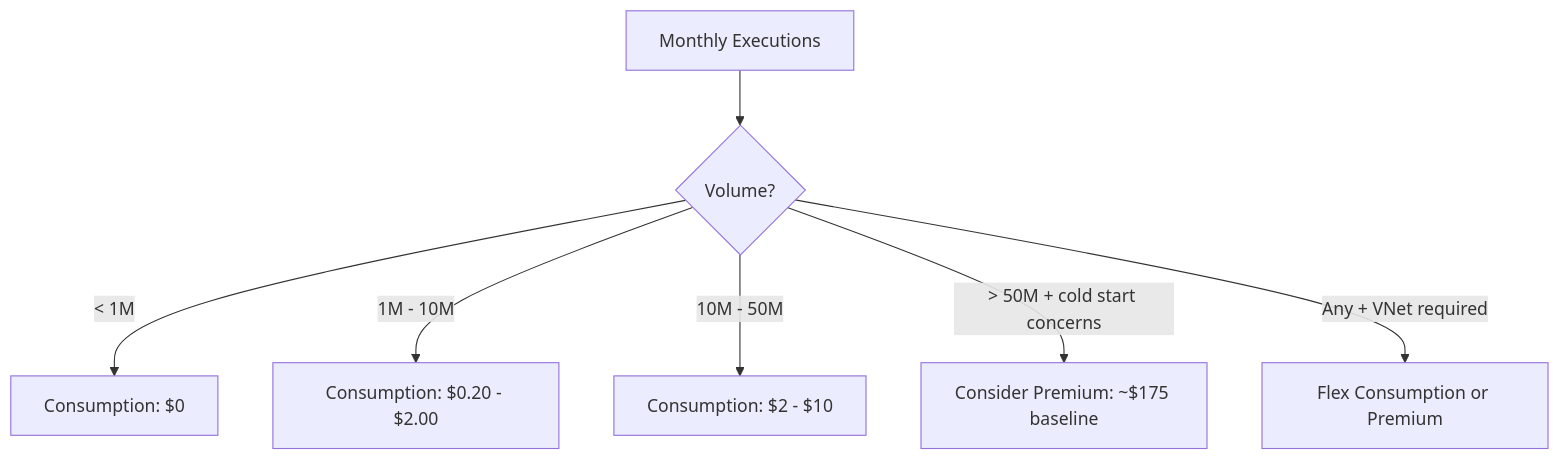
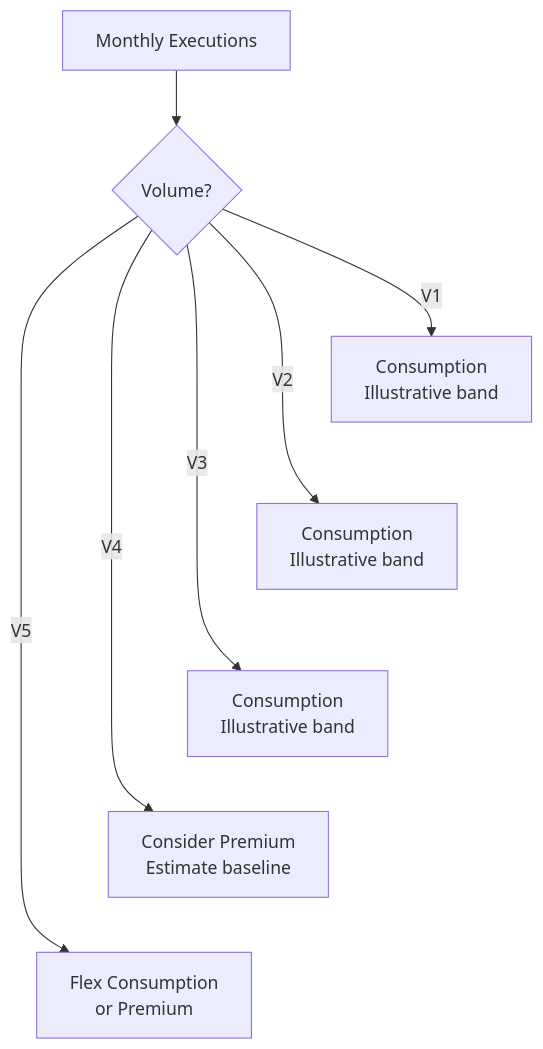
One commit to yeongseon/azure-functions-practical-guide changed the second of 2 diagrams in docs/operations/cost-optimization.md. Above: the diagram before and after it, drawn with Mermaid. The commit also changed other lines of this file and 1 other file, not shown here.

First line of the commit message:
docs(diagrams): clarify plan-specific cost figures and volume branches (#518)

````diff
--- a/docs/operations/cost-optimization.md
+++ b/docs/operations/cost-optimization.md
@@ -195,9 +214,16 @@
 ```mermaid
 graph TD
-    A[Monthly Executions] --> B{Volume?}
-    B -->|< 1M| C[Consumption: $0]
-    B -->|1M - 10M| D[Consumption: $0.20 - $2.00]
-    B -->|10M - 50M| E[Consumption: $2 - $10]
-    B -->|> 50M + cold start concerns| F[Consider Premium: ~$175 baseline]
-    B -->|Any + VNet required| G[Flex Consumption or Premium]
+    accTitle: Illustrative monthly-volume plan considerations
+    accDescr: Monthly executions lead to a volume check. The original illustrative bands below one million, one to ten million and ten to fifty million each point to Consumption; above fifty million with cold-start concerns points to considering Premium; any volume requiring a VNet points to Flex Consumption or Premium. Bands overlap and are not calculated price or break-even thresholds; compare full workload costs and plan support.
+    A["Monthly Executions"] --> B{Volume?}
+    B -->|V1| C["Consumption<br/>Illustrative band"]
+    B -->|V2| D["Consumption<br/>Illustrative band"]
+    B -->|V3| E["Consumption<br/>Illustrative band"]
+    B -->|V4| F["Consider Premium<br/>Estimate baseline"]
+    B -->|V5| G["Flex Consumption<br/>or Premium"]
+    %% Layout-only links tier outcomes; they add no decision steps or arrows.
+    C ~~~ D
+    D ~~~ E
+    E ~~~ F
+    F ~~~ G
 ```
````
